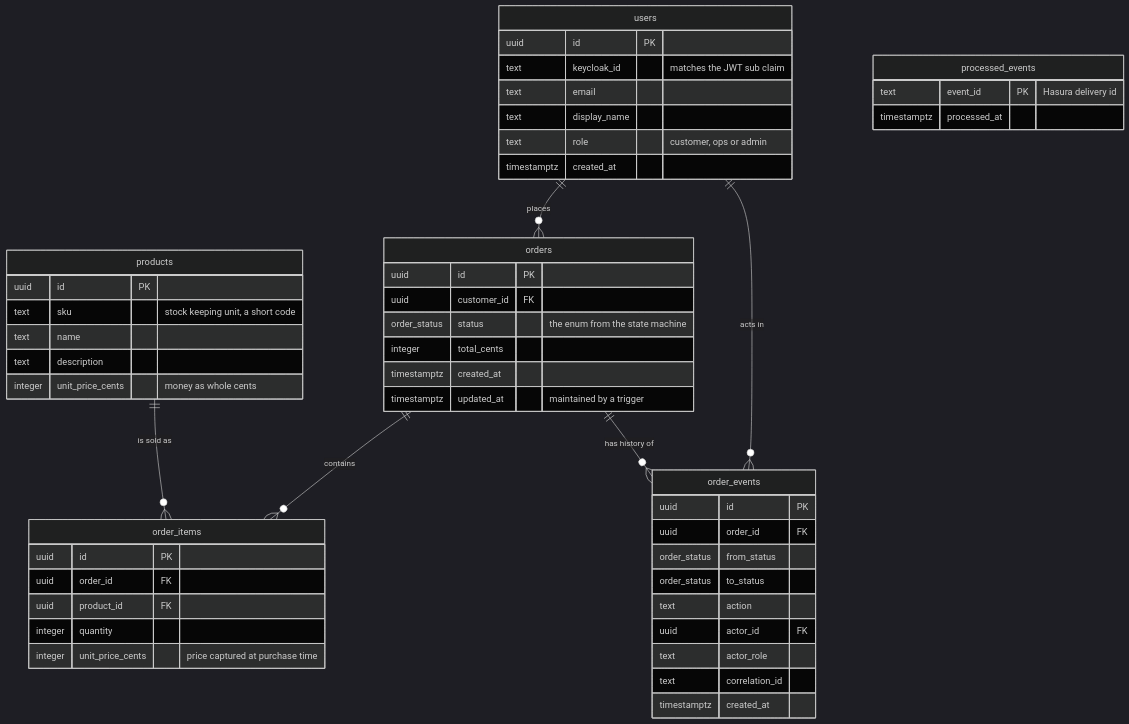
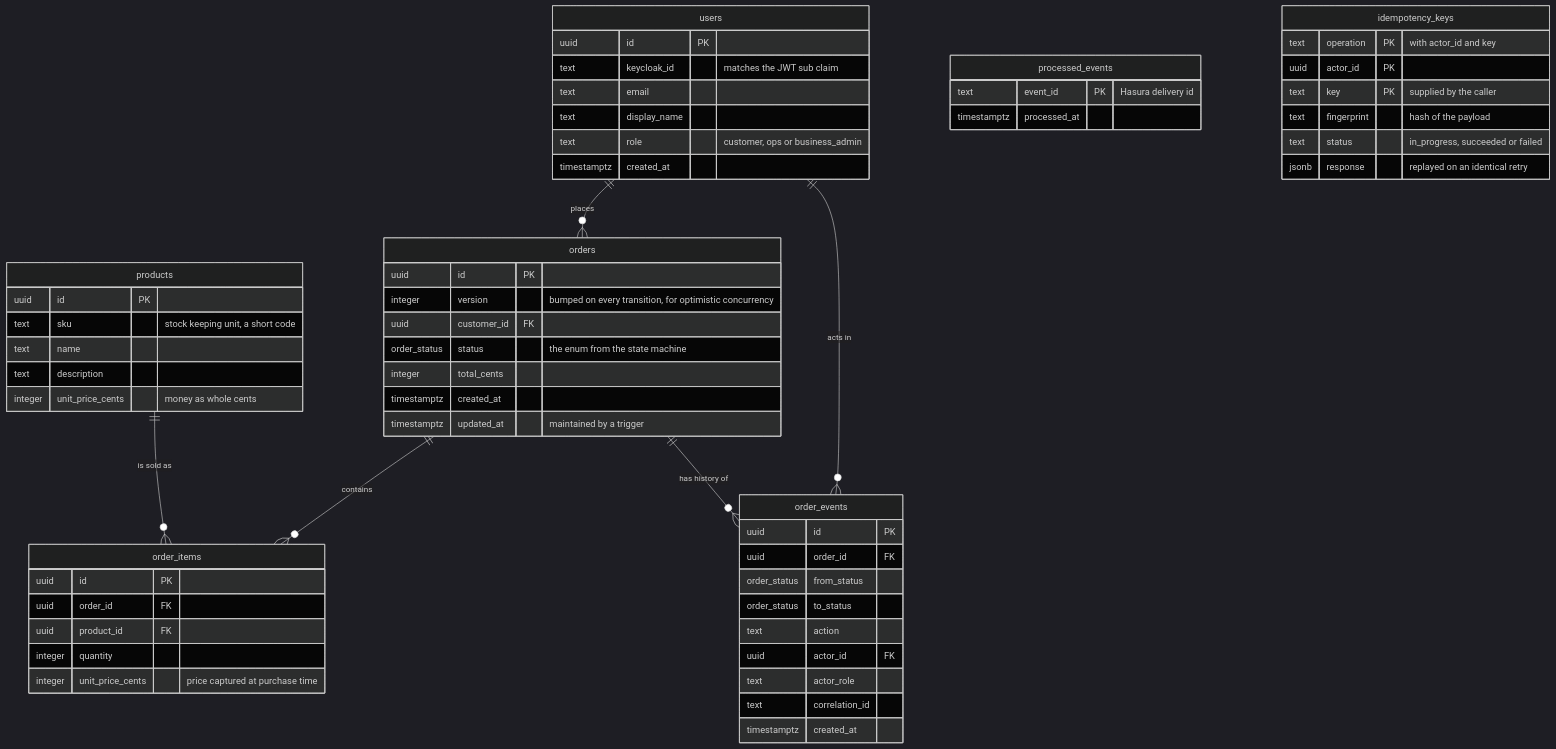
One commit to harishbala1o/ecommerce-orderflow changed the fourth of 16 diagrams in docs/ARCHITECTURE.md. Above: the diagram before and after it, drawn with Mermaid (dark theme). The commit also changed other lines of this file and 3 other files, not shown here.

````diff
--- a/docs/ARCHITECTURE.md
+++ b/docs/ARCHITECTURE.md
@@ -508,54 +515,64 @@
 ```mermaid
 erDiagram
     users {
         uuid id PK
         text keycloak_id "matches the JWT sub claim"
         text email
         text display_name
-        text role "customer, ops or admin"
+        text role "customer, ops or business_admin"
         timestamptz created_at
     }
     products {
         uuid id PK
         text sku "stock keeping unit, a short code"
         text name
         text description
         integer unit_price_cents "money as whole cents"
     }
     orders {
         uuid id PK
+        integer version "bumped on every transition, for optimistic concurrency"
         uuid customer_id FK
         order_status status "the enum from the state machine"
         integer total_cents
         timestamptz created_at
         timestamptz updated_at "maintained by a trigger"
     }
     order_items {
         uuid id PK
         uuid order_id FK
         uuid product_id FK
         integer quantity
         integer unit_price_cents "price captured at purchase time"
     }
     order_events {
         uuid id PK
         uuid order_id FK
         order_status from_status
         order_status to_status
         text action
         uuid actor_id FK
         text actor_role
         text correlation_id
         timestamptz created_at
     }
     processed_events {
         text event_id PK "Hasura delivery id"
         timestamptz processed_at
     }
 
+    idempotency_keys {
+        text operation PK "with actor_id and key"
+        uuid actor_id PK
+        text key PK "supplied by the caller"
+        text fingerprint "hash of the payload"
+        text status "in_progress, succeeded or failed"
+        jsonb response "replayed on an identical retry"
+    }
+
     users ||--o{ orders : "places"
     users ||--o{ order_events : "acts in"
     orders ||--o{ order_items : "contains"
     orders ||--o{ order_events : "has history of"
     products ||--o{ order_items : "is sold as"
 ```
````
